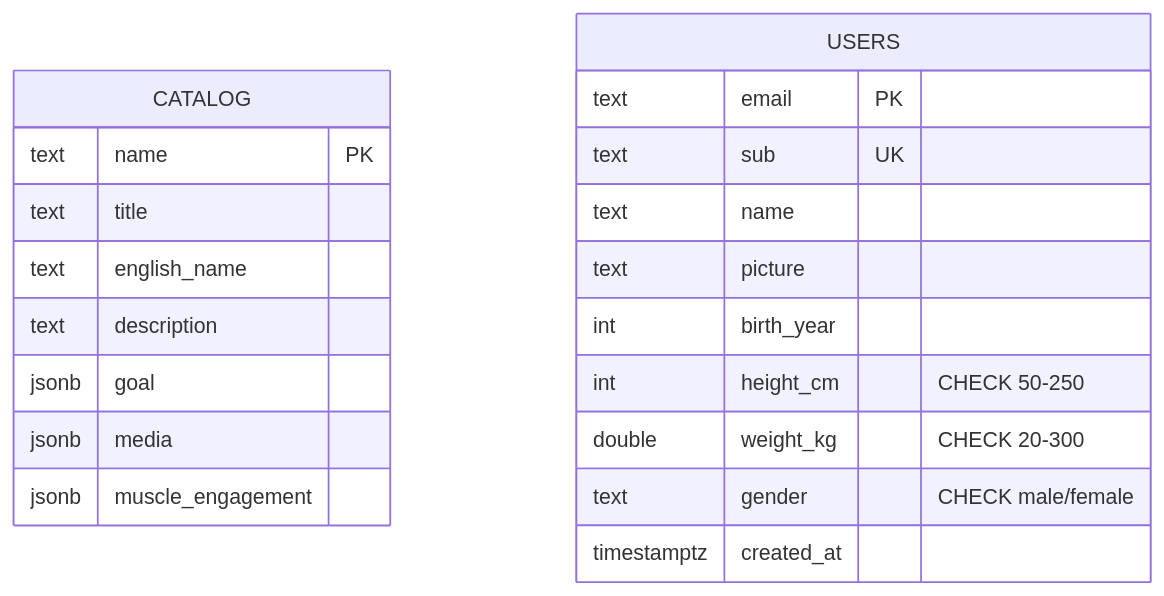
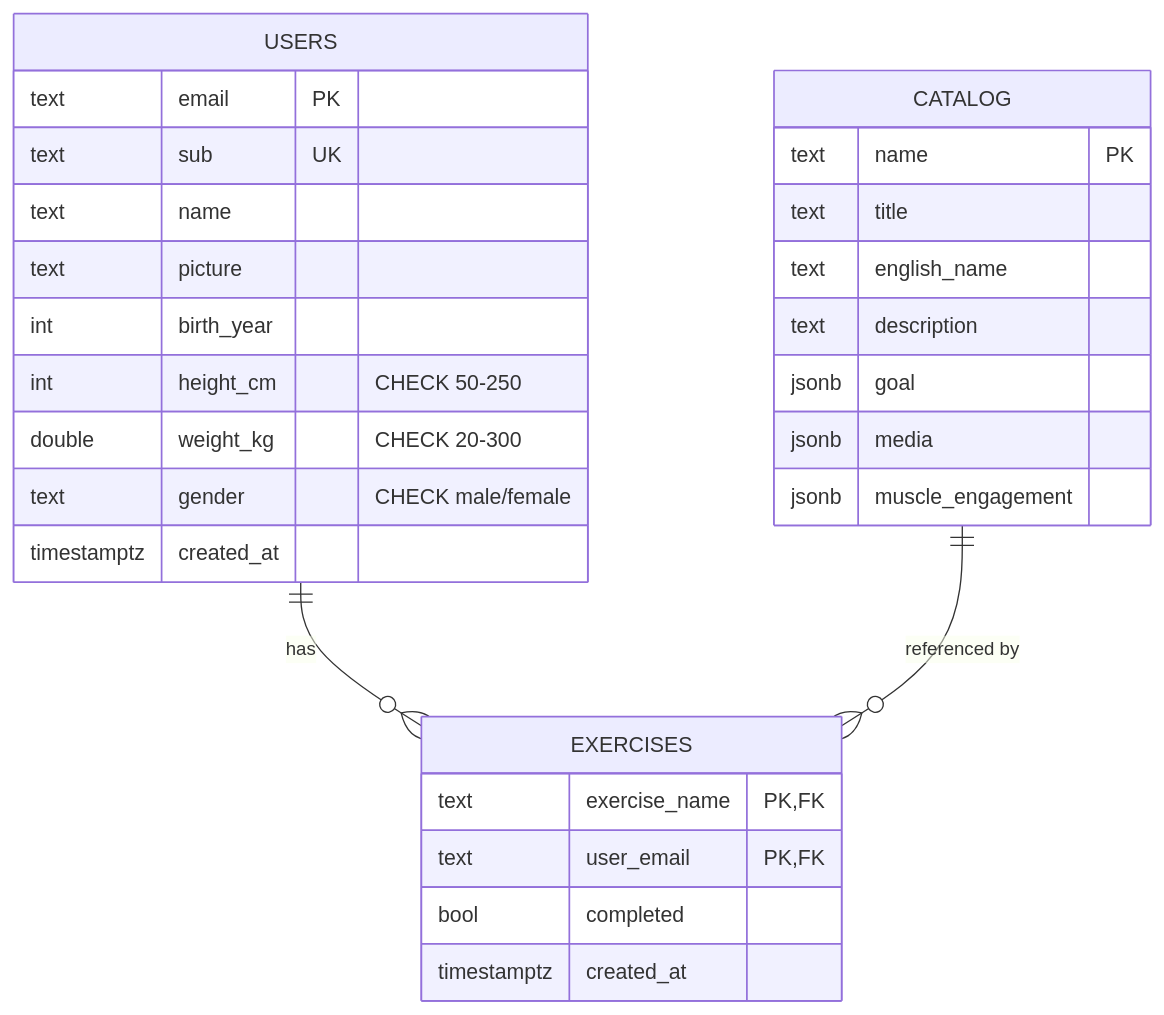
One commit to Kolomaznik/trener changed the diagram in SQL_DB/README.md. Above: the diagram before and after it, drawn with Mermaid. The commit also changed other lines of this file and 8 other files, not shown here.

````diff
--- a/SQL_DB/README.md
+++ b/SQL_DB/README.md
@@ -17,23 +17,31 @@
 ```mermaid
 erDiagram
     CATALOG {
         text name PK
         text title
         text english_name
         text description
         jsonb goal
         jsonb media
         jsonb muscle_engagement
     }
     USERS {
         text email PK
         text sub UK
         text name
         text picture
         int birth_year
         int height_cm "CHECK 50-250"
         double weight_kg "CHECK 20-300"
         text gender "CHECK male/female"
         timestamptz created_at
     }
+    EXERCISES {
+        text exercise_name PK,FK
+        text user_email PK,FK
+        bool completed
+        timestamptz created_at
+    }
+    USERS ||--o{ EXERCISES : "has"
+    CATALOG ||--o{ EXERCISES : "referenced by"
 ```
````
